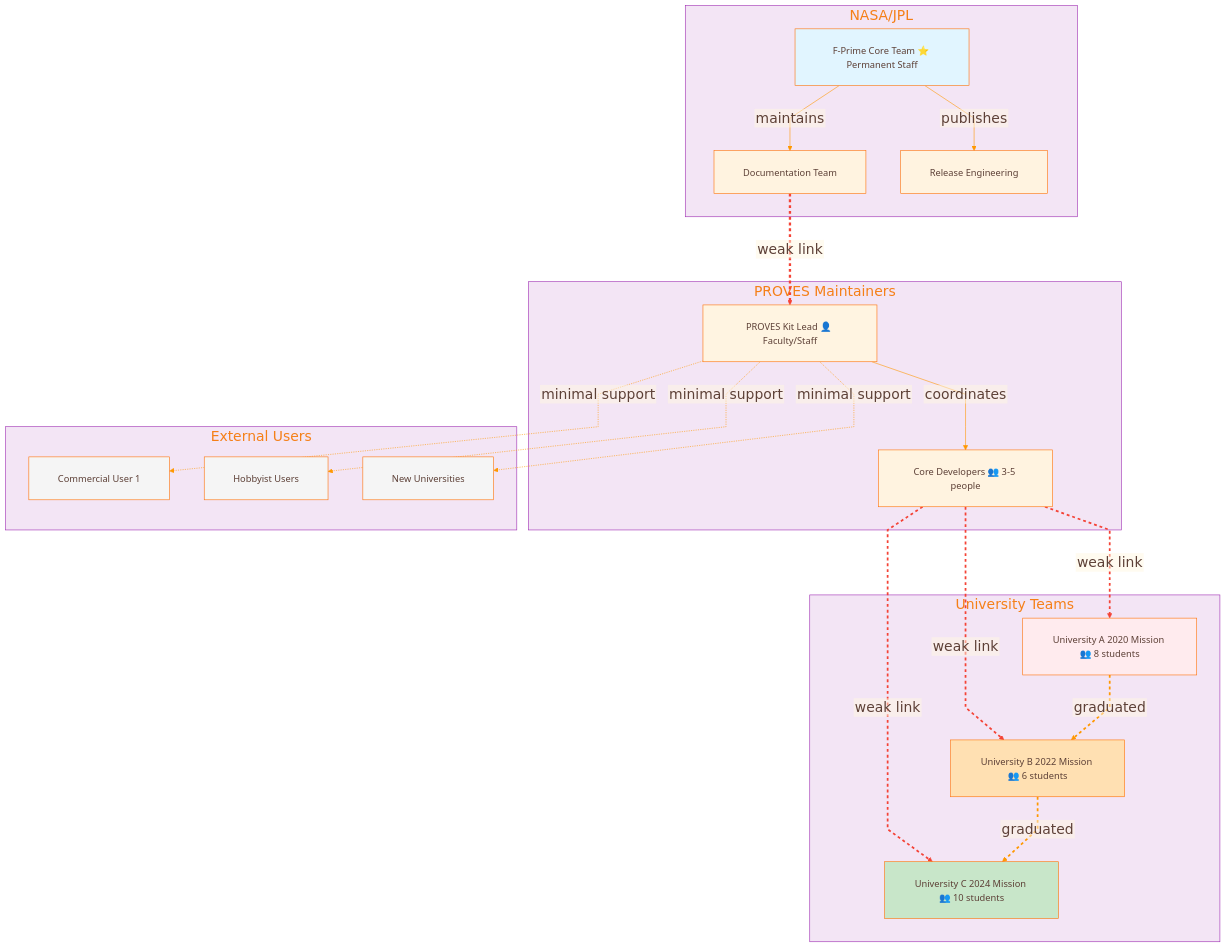
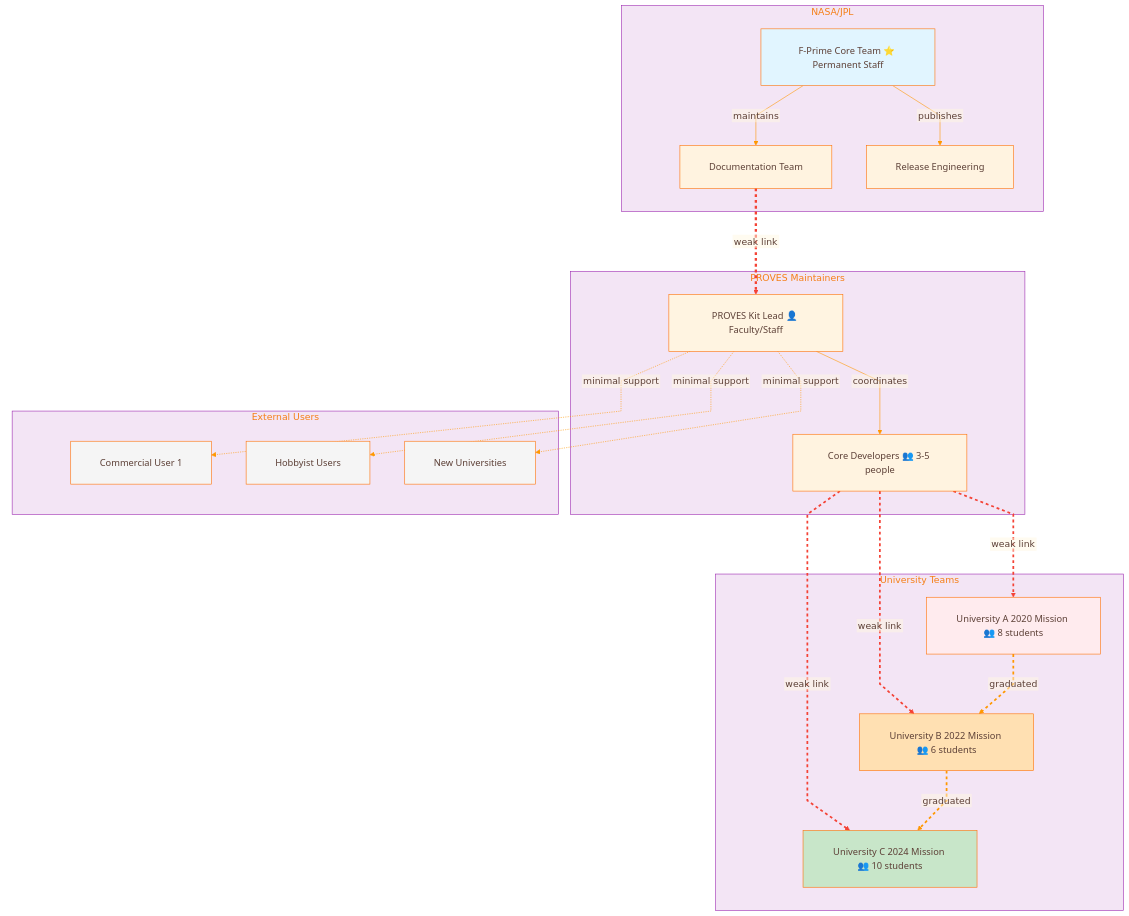
Before and after one commit to Lizo-RoadTown/PROVES_LIBRARY: the first of 9 diagrams in docs/diagrams/team-boundaries.md, drawn with Mermaid. The commit also changed other lines of this file and 6 other files, not shown here.

````diff
--- a/docs/diagrams/team-boundaries.md
+++ b/docs/diagrams/team-boundaries.md
@@ -39,7 +39,7 @@
 ---
 config:
   theme: base
-  fontSize: 20
+  fontSize: 16
   themeCSS: |
     .node rect, .cluster rect, .edgePath path { transition: filter 0.2s ease, stroke-width: 0.2s ease; }
     .node:hover rect, .cluster:hover rect, .edgePath:hover path { filter: drop-shadow(0 0 8px rgba(0,0,0,0.35)); stroke-width: 3px; }
@@ -59,7 +59,7 @@
     textColor: '#5D4037'
     lineColor: '#FF9800'
     fontFamily: '"Segoe UI", Tahoma, Geneva, Verdana, sans-serif'
-    fontSize: '24px'
+    fontSize: '16px'
     nodeBorder: '#FF6F00'
     mainBkg: '#FFF3E0'
     clusterBkg: '#F3E5F5'
@@ -115,7 +115,7 @@
     attributeBackgroundColorOdd: '#FFF8E1'
     attributeBackgroundColorEven: '#FFF3E0'
   gantt:
-    fontSize: 20
+    fontSize: 16
     barHeight: 24
     barGap: 6
     topPadding: 50
@@ -222,23 +222,27 @@
 ---
 flowchart TB
     subgraph "NASA/JPL"
+        spacer1[ ]:::spacer
         JPL_CORE[F-Prime Core Team ⭐ Permanent Staff]
         JPL_DOC[Documentation Team]
         JPL_REL[Release Engineering]
     end
 
     subgraph "PROVES Maintainers"
+        spacer2[ ]:::spacer
         PROVES_LEAD[PROVES Kit Lead 👤 Faculty/Staff]
         PROVES_DEV[Core Developers 👥 3-5 people]
     end
 
     subgraph "University Teams"
+        spacer3[ ]:::spacer
         UNI_A_2020[University A 2020 Mission 👥 8 students]
         UNI_B_2022[University B 2022 Mission 👥 6 students]
         UNI_C_2024[University C 2024 Mission 👥 10 students]
     end
 
     subgraph "External Users"
+        spacer4[ ]:::spacer
         USER_1[Commercial User 1]
         USER_2[Hobbyist Users]
         USER_3[New Universities]
@@ -278,4 +282,5 @@
     %% Font sizing classes for consistency
     classDef default font-size:16px,font-family:Segoe UI,Tahoma,Geneva,Verdana,sans-serif;
     classDef diamond font-size:14px,font-family:Segoe UI,Tahoma,Geneva,Verdana,sans-serif;
+    classDef spacer fill:none,stroke:none,color:transparent,width:1px,height:1px;
 ```
````
